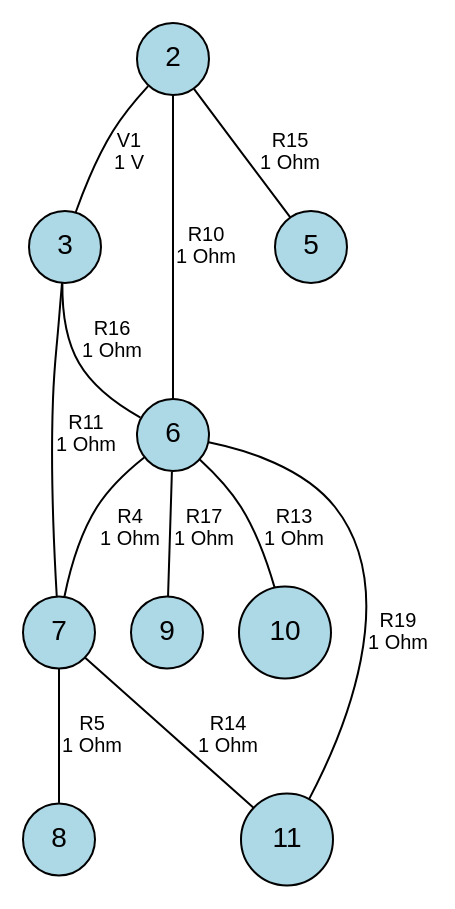
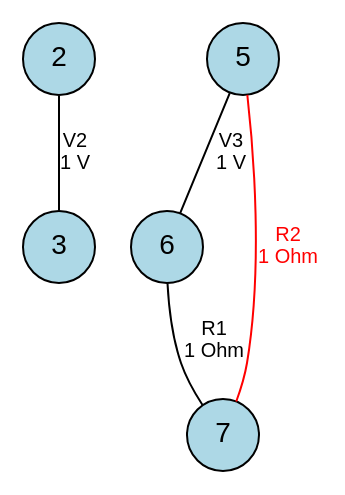
The diagram in BuildProject/coalbero.dot (francescofoglia0/CircuitsProject), drawn with Graphviz before and after one commit. The commit also changed 48 other files, not shown here.

```diff
--- a/BuildProject/coalbero.dot
+++ b/BuildProject/coalbero.dot
@@ -1,17 +1,10 @@
 graph Circuito {
     // Stile dei nodi e degli archi
     node [shape=circle, style=filled, fillcolor=lightblue, fontname="Helvetica"];
     edge [fontname="Helvetica", fontsize=10];
 
-    2 -- 3 [label="V1\n1 V"];
-    2 -- 5 [label="R15\n1 Ohm"];
-    2 -- 6 [label="R10\n1 Ohm"];
-    3 -- 6 [label="R16\n1 Ohm"];
-    3 -- 7 [label="R11\n1 Ohm"];
-    6 -- 7 [label="R4\n1 Ohm"];
-    6 -- 9 [label="R17\n1 Ohm"];
-    6 -- 10 [label="R13\n1 Ohm"];
-    6 -- 11 [label="R19\n1 Ohm"];
-    7 -- 8 [label="R5\n1 Ohm"];
-    7 -- 11 [label="R14\n1 Ohm"];
+    2 -- 3 [label="V2\n1 V"];
+    5 -- 6 [label="V3\n1 V"];
+    5 -- 7 [label="R2\n1 Ohm", color="red", fontcolor="red"];
+    6 -- 7 [label="R1\n1 Ohm"];
 }
```
